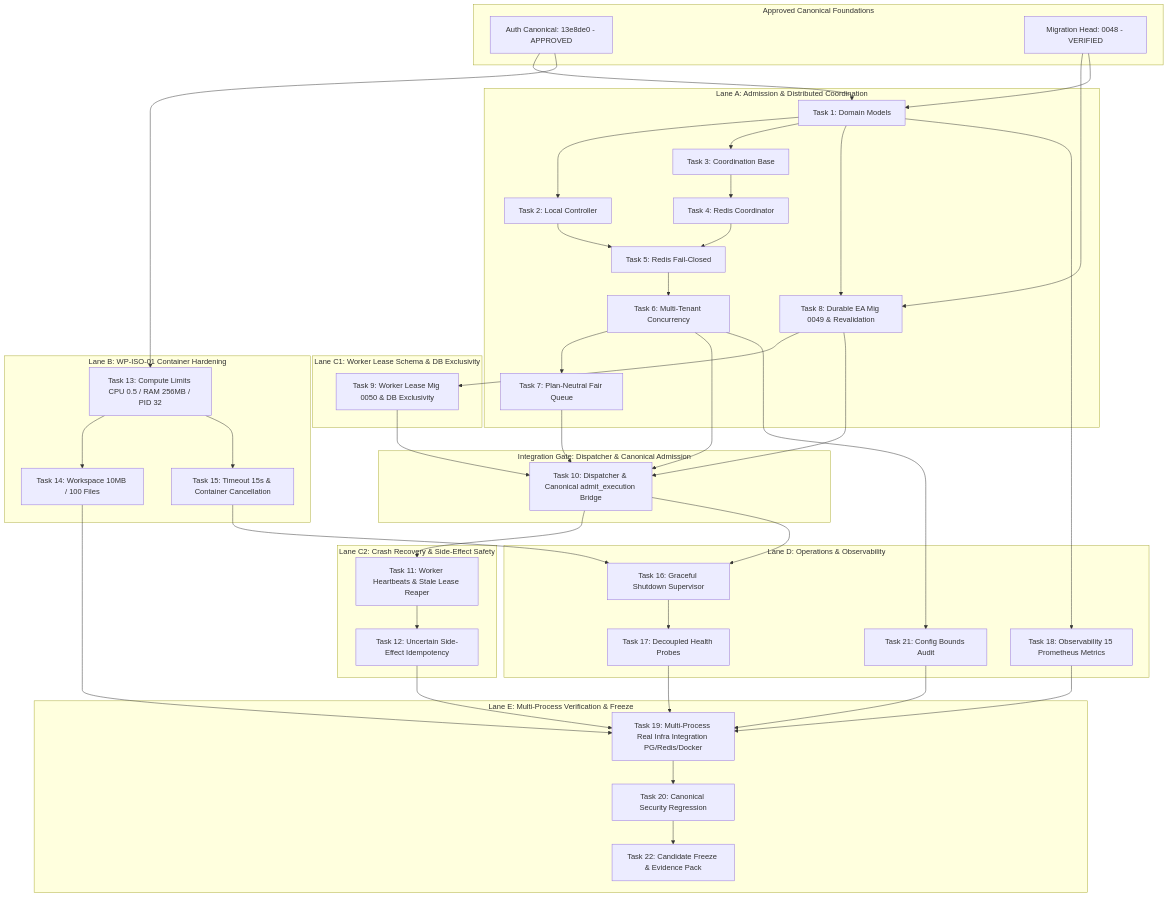
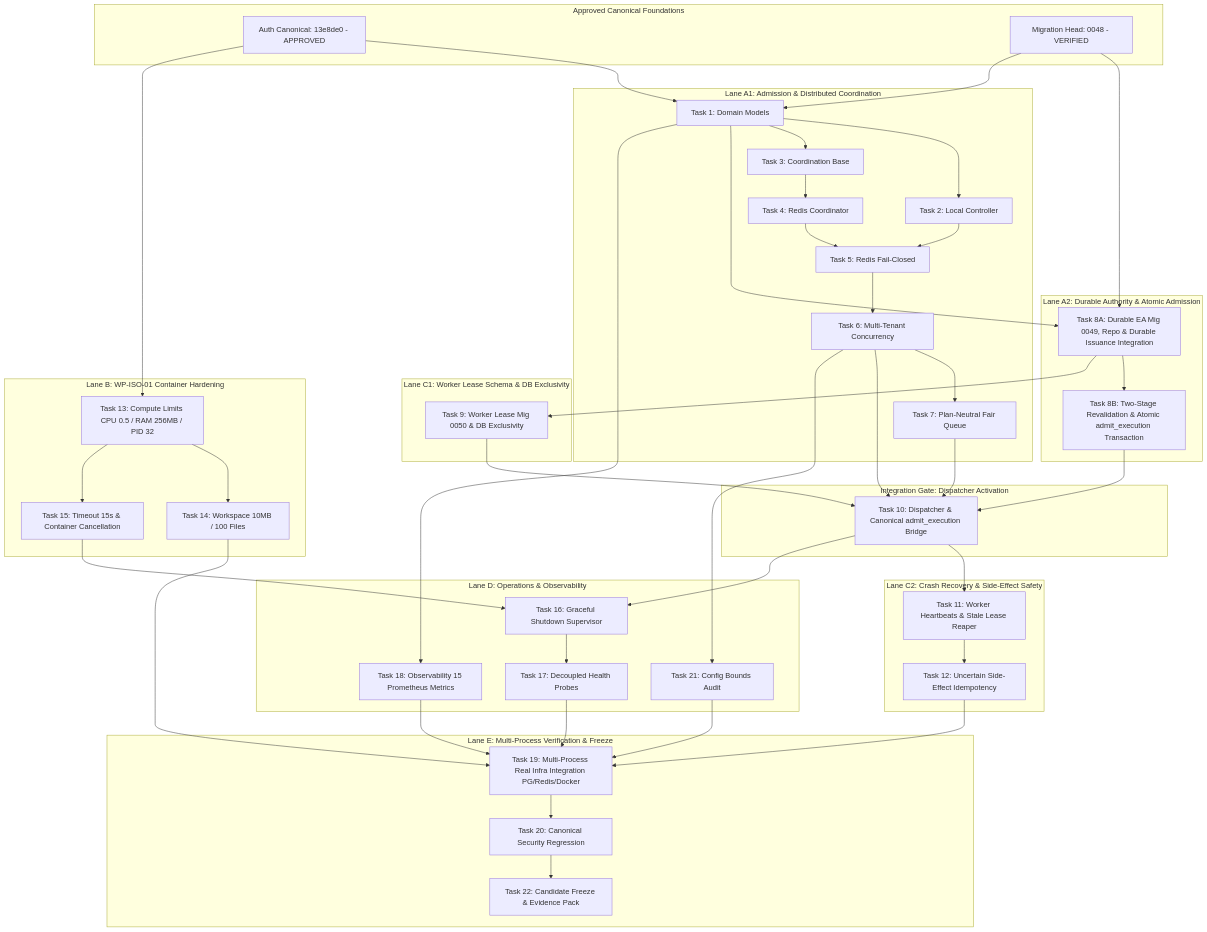
One commit to Guruprasath-Annadurai/Whitepact changed the diagram in docs/phase7a-execution/dependency-graph.md. Above: the diagram before and after it, drawn with Mermaid. The commit also changed other lines of this file and 9 other files, not shown here.

Commit message:
docs(phase7): bind durable authorization to canonical admission transaction

````diff
--- a/docs/phase7a-execution/dependency-graph.md
+++ b/docs/phase7a-execution/dependency-graph.md
@@ -55,51 +54,55 @@
 ```mermaid
 flowchart TD
     subgraph S0 [Approved Canonical Foundations]
         AUTH[Auth Canonical: 13e8de0 - APPROVED]
         HEAD[Migration Head: 0048 - VERIFIED]
     end
 
-    subgraph LANE_A [Lane A: Admission & Distributed Coordination]
+    subgraph LANE_A1 [Lane A1: Admission & Distributed Coordination]
         T1[Task 1: Domain Models] --> T2[Task 2: Local Controller]
         T1 --> T3[Task 3: Coordination Base]
         T3 --> T4[Task 4: Redis Coordinator]
         T2 & T4 --> T5[Task 5: Redis Fail-Closed]
         T5 --> T6[Task 6: Multi-Tenant Concurrency]
         T6 --> T7[Task 7: Plan-Neutral Fair Queue]
-        T1 & HEAD --> T8[Task 8: Durable EA Mig 0049 & Revalidation]
+    end
+
+    subgraph LANE_A2 [Lane A2: Durable Authority & Atomic Admission]
+        T1 & HEAD --> T8A[Task 8A: Durable EA Mig 0049, Repo & Durable Issuance Integration]
+        T8A --> T8B[Task 8B: Two-Stage Revalidation & Atomic admit_execution Transaction]
     end
 
     subgraph LANE_C1 [Lane C1: Worker Lease Schema & DB Exclusivity]
-        T8 --> T9[Task 9: Worker Lease Mig 0050 & DB Exclusivity]
+        T8A --> T9[Task 9: Worker Lease Mig 0050 & DB Exclusivity]
     end
 
-    subgraph GATE_10 [Integration Gate: Dispatcher & Canonical Admission]
-        T6 & T7 & T8 & T9 --> T10[Task 10: Dispatcher & Canonical admit_execution Bridge]
+    subgraph GATE_10 [Integration Gate: Dispatcher Activation]
+        T6 & T7 & T8B & T9 --> T10[Task 10: Dispatcher & Canonical admit_execution Bridge]
     end
 
     subgraph LANE_C2 [Lane C2: Crash Recovery & Side-Effect Safety]
         T10 --> T11[Task 11: Worker Heartbeats & Stale Lease Reaper]
         T11 --> T12[Task 12: Uncertain Side-Effect Idempotency]
     end
 
     subgraph LANE_B [Lane B: WP-ISO-01 Container Hardening]
         T13[Task 13: Compute Limits CPU 0.5 / RAM 256MB / PID 32] --> T14[Task 14: Workspace 10MB / 100 Files]
         T13 --> T15[Task 15: Timeout 15s & Container Cancellation]
     end
 
     subgraph LANE_D [Lane D: Operations & Observability]
         T10 & T15 --> T16[Task 16: Graceful Shutdown Supervisor]
         T16 --> T17[Task 17: Decoupled Health Probes]
         T1 --> T18[Task 18: Observability 15 Prometheus Metrics]
         T6 --> T21[Task 21: Config Bounds Audit]
     end
 
     subgraph LANE_E [Lane E: Multi-Process Verification & Freeze]
         T12 & T14 & T17 & T18 & T21 --> T19[Task 19: Multi-Process Real Infra Integration PG/Redis/Docker]
         T19 --> T20[Task 20: Canonical Security Regression]
         T20 --> T22[Task 22: Candidate Freeze & Evidence Pack]
     end
 
     AUTH & HEAD --> T1
     AUTH --> T13
 ```
````
